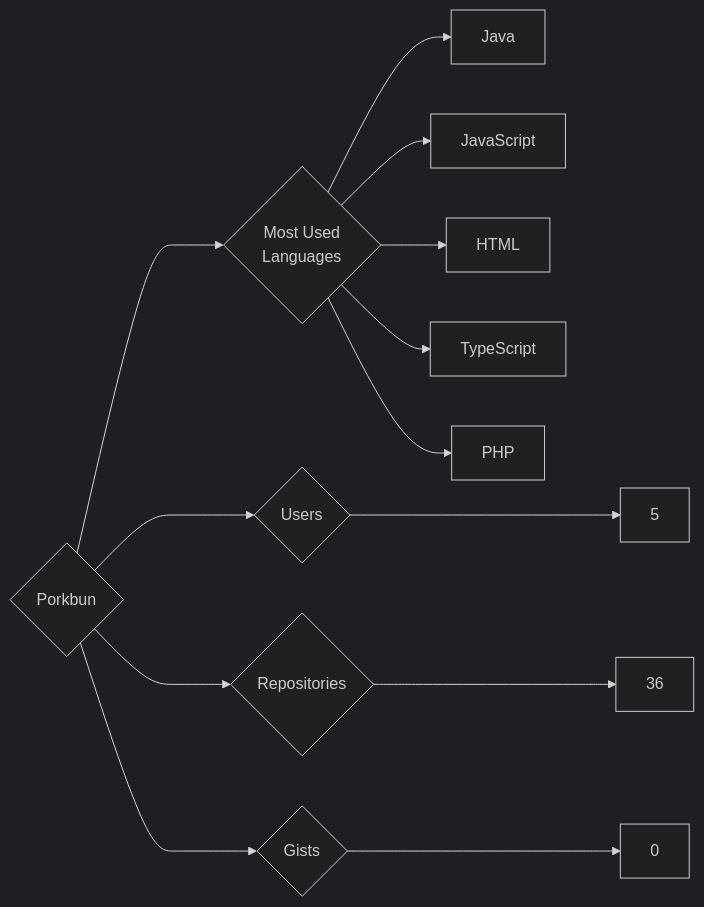
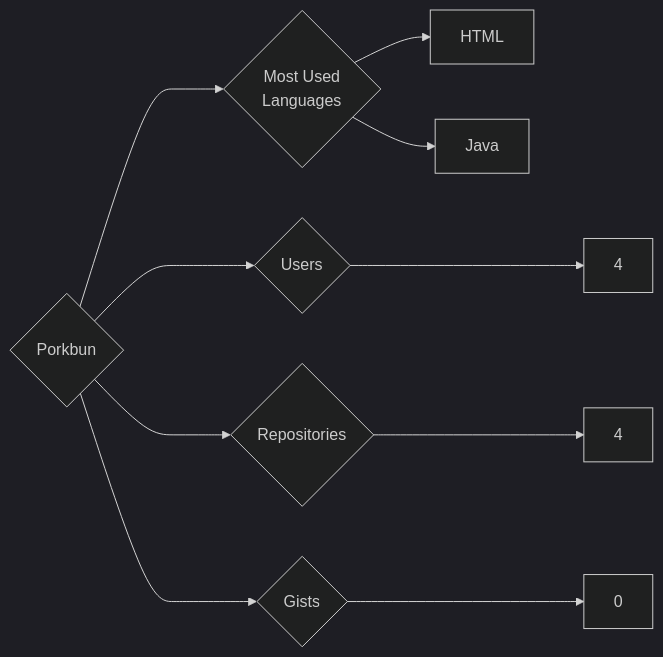
Before and after one commit to trickest/insiders: the diagram in targets/Porkbun/README.md, drawn with Mermaid (dark theme). The commit also changed 1484 other files, not shown here.

````diff
--- a/targets/Porkbun/README.md
+++ b/targets/Porkbun/README.md
@@ -3,13 +3,10 @@
 ```mermaid
 graph LR
 COMPANY_NAME{Porkbun}
-COMPANY_NAME ---> U{Users} ---> UN[5]
-COMPANY_NAME ---> R{Repositories} ---> RN[36]
+COMPANY_NAME ---> U{Users} ---> UN[4]
+COMPANY_NAME ---> R{Repositories} ---> RN[4]
 COMPANY_NAME ---> G{Gists} ---> GN[0]
 COMPANY_NAME ---> ML{Most Used<br>Languages}
+ML --> HTML[HTML]
 ML --> Java[Java]
-ML --> JavaScript[JavaScript]
-ML --> HTML[HTML]
-ML --> TypeScript[TypeScript]
-ML --> PHP[PHP]
 ```
````
